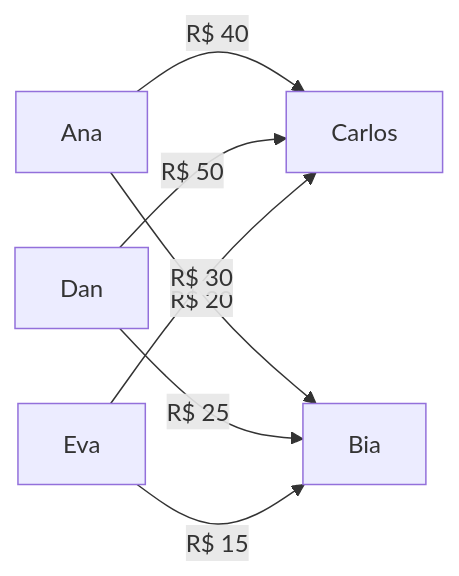
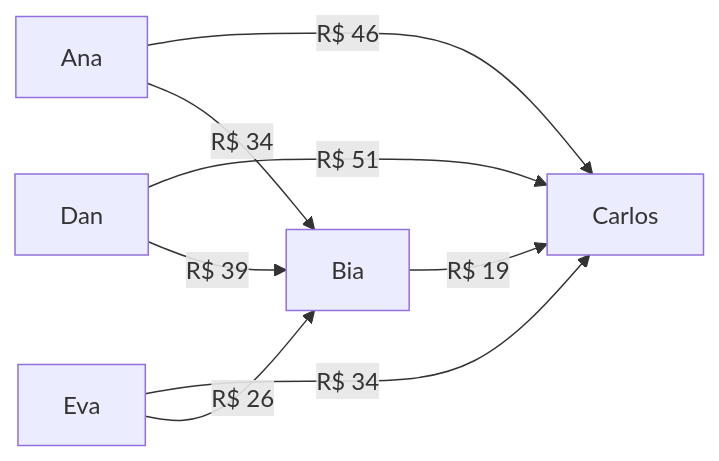
Before and after one commit to tprei/dividimos: the second of 4 diagrams in README.md, drawn with Mermaid. The commit also changed other lines of this file, not shown here.

````diff
--- a/README.md
+++ b/README.md
@@ -180,9 +145,10 @@
 ```mermaid
 graph LR
-    A[Ana] -->|R$ 40| C[Carlos]
-    A -->|R$ 20| B[Bia]
-    D[Dan] -->|R$ 50| C
-    D -->|R$ 25| B
-    E[Eva] -->|R$ 30| C
-    E -->|R$ 15| B
+    A[Ana] -->|R$ 46| C[Carlos]
+    A -->|R$ 34| B[Bia]
+    D[Dan] -->|R$ 51| C
+    D -->|R$ 39| B
+    E[Eva] -->|R$ 34| C
+    E -->|R$ 26| B
+    B -->|R$ 19| C
 ```
````
